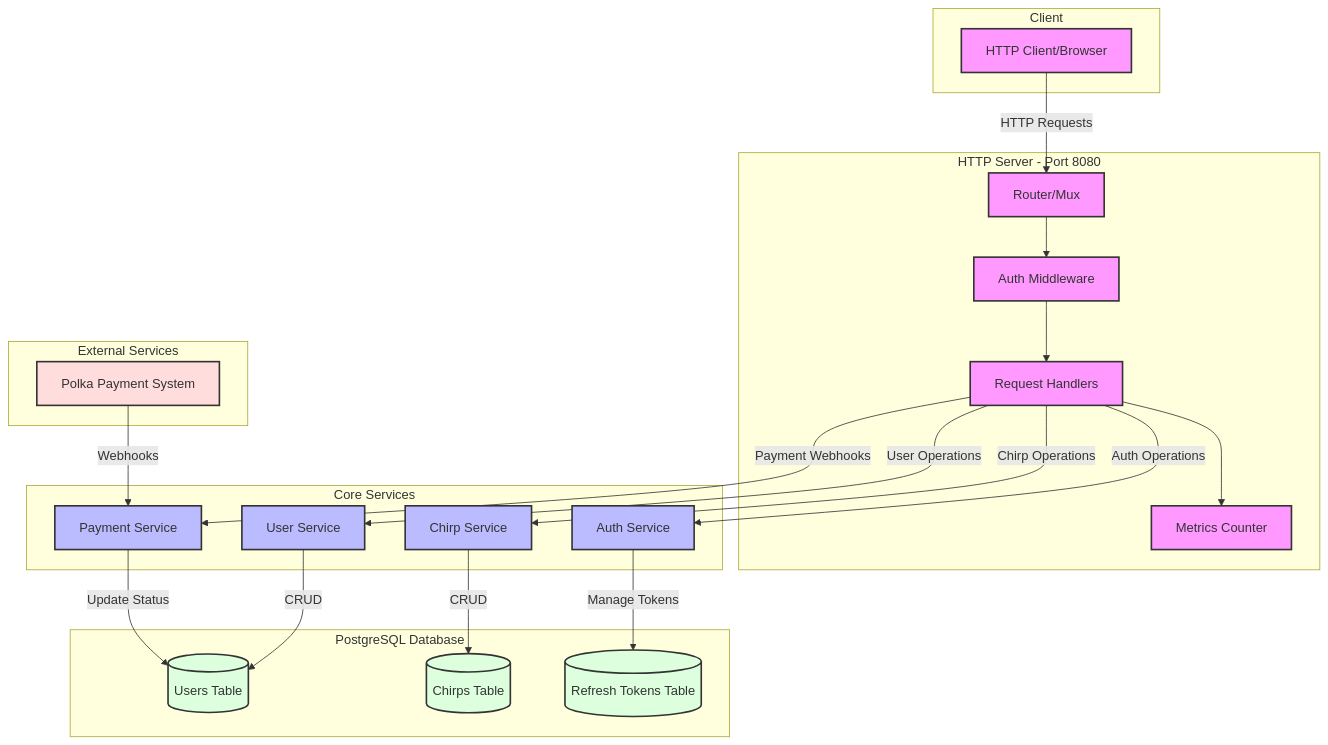
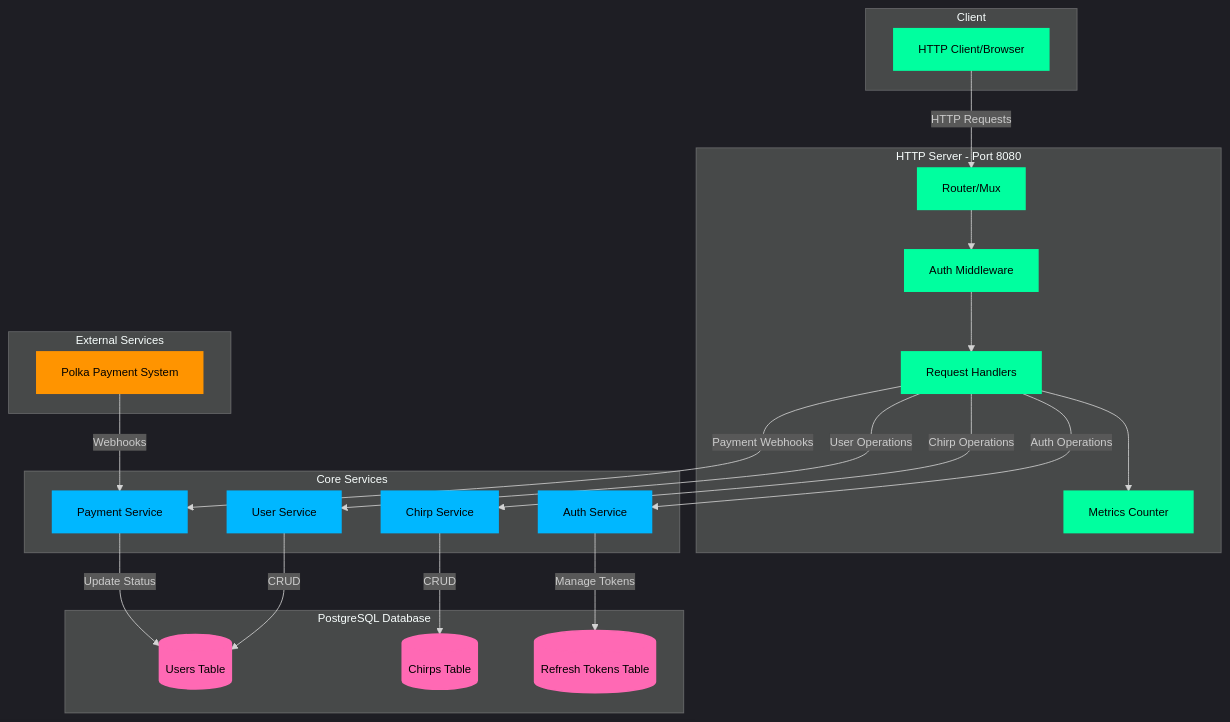
Before and after one commit to srinivassivaratri/Chirpy: the diagram in README.md, drawn with Mermaid. The commit also changed other lines of this file, not shown here.

````diff
--- a/README.md
+++ b/README.md
@@ -39,64 +39,75 @@
 ```mermaid
+%%{
+  init: {
+    'theme': 'dark',
+    'themeVariables': {
+      'fontFamily': 'monospace',
+      'fontSize': '14px',
+      'lineWidth': '2px'
+    }
+  }
+}%%
+
 graph TD
     subgraph Client
         UI[HTTP Client/Browser]
     end
 
     subgraph HTTP_Server[HTTP Server - Port 8080]
         MUX[Router/Mux]
         Auth[Auth Middleware]
         Handlers[Request Handlers]
         Metrics[Metrics Counter]
     end
 
     subgraph Core_Services[Core Services]
         UserService[User Service]
         ChirpService[Chirp Service]
         AuthService[Auth Service]
         PaymentService[Payment Service]
     end
 
     subgraph Database[PostgreSQL Database]
         Users[(Users Table)]
         Chirps[(Chirps Table)]
         RefreshTokens[(Refresh Tokens Table)]
     end
 
     subgraph External[External Services]
         Polka[Polka Payment System]
     end
 
     %% Client interactions
     UI -->|HTTP Requests| MUX
     
     %% HTTP Server flow
     MUX --> Auth
     Auth --> Handlers
     Handlers --> Metrics
     
     %% Core Services interactions
     Handlers -->|User Operations| UserService
     Handlers -->|Chirp Operations| ChirpService
     Handlers -->|Auth Operations| AuthService
     Handlers -->|Payment Webhooks| PaymentService
     
     %% Database interactions
     UserService -->|CRUD| Users
     ChirpService -->|CRUD| Chirps
     AuthService -->|Manage Tokens| RefreshTokens
     
     %% External service interactions
     Polka -->|Webhooks| PaymentService
     PaymentService -->|Update Status| Users
 
-    %% Styling
-    classDef primary fill:#f9f,stroke:#333,stroke-width:2px
-    classDef secondary fill:#bbf,stroke:#333,stroke-width:2px
-    classDef database fill:#dfd,stroke:#333,stroke-width:2px
-    classDef external fill:#fdd,stroke:#333,stroke-width:2px
+    %% Styling optimized for dark theme
+    classDef primary fill:#00ff9f,stroke:#00ff9f,stroke-width:2px,color:#000000
+    classDef secondary fill:#00b7ff,stroke:#00b7ff,stroke-width:2px,color:#000000
+    classDef database fill:#ff69b4,stroke:#ff69b4,stroke-width:2px,color:#000000
+    classDef external fill:#ff9400,stroke:#ff9400,stroke-width:2px,color:#000000
     
     class UI,MUX,Auth,Handlers,Metrics primary
     class UserService,ChirpService,AuthService,PaymentService secondary
     class Users,Chirps,RefreshTokens database
     class Polka external
 ```
````
